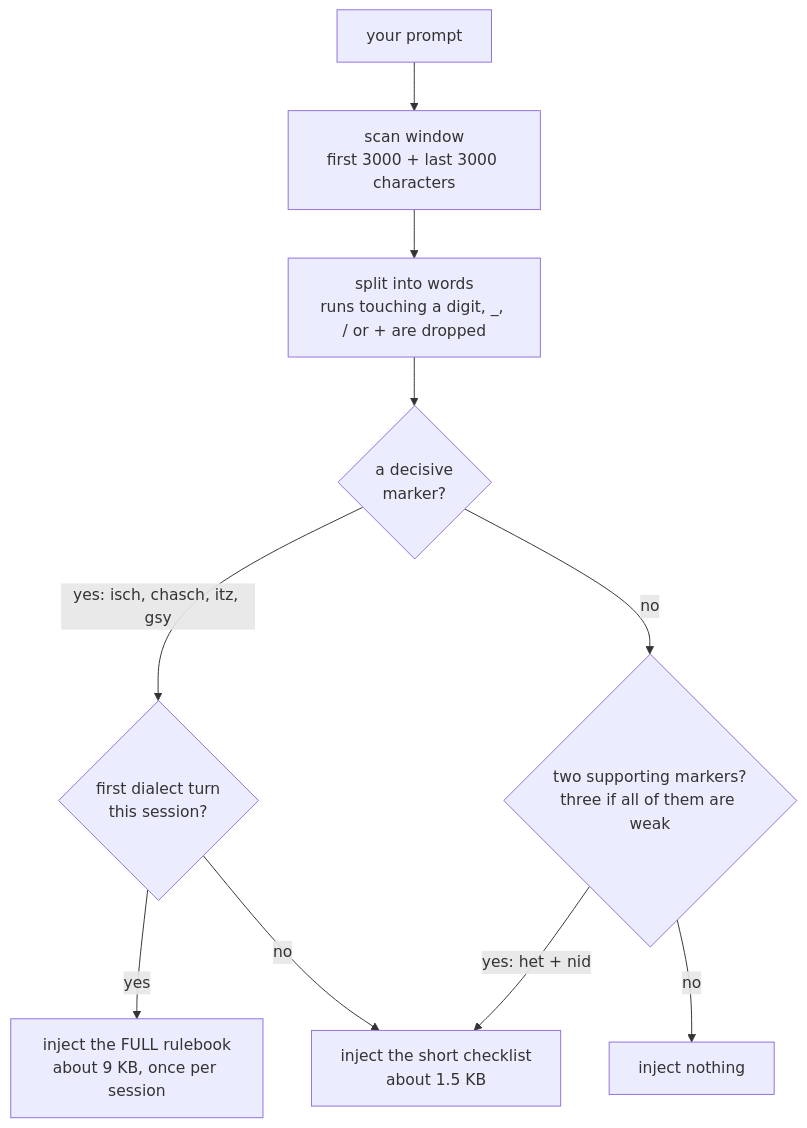
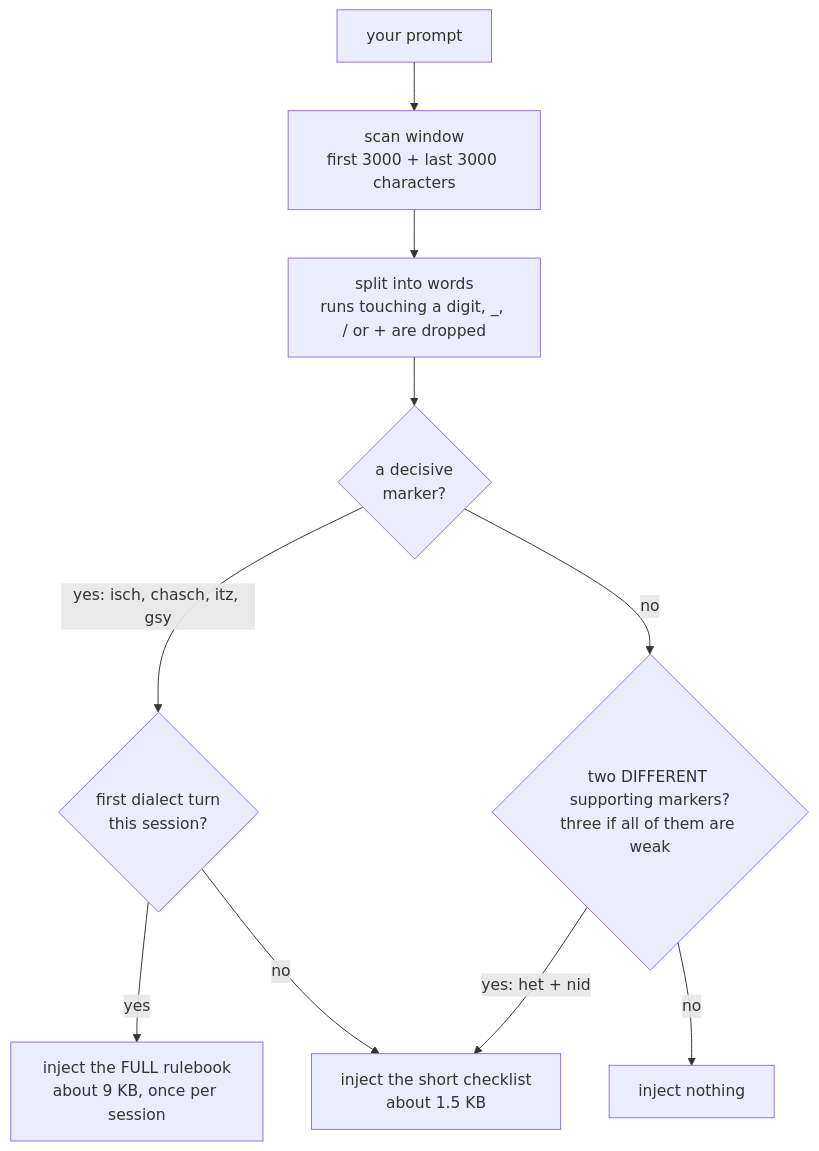
Before and after one commit to sapn95/berndeutsch-for-ai: the third of 3 diagrams in README.md, drawn with Mermaid. The commit also changed 1 other file, not shown here.

First paragraph of the commit message:
Round 28: the crash guard could crash, and a diagram that could rot
CodeRabbit, two findings, both real.

````diff
--- a/README.md
+++ b/README.md
@@ -280,12 +280,12 @@
 ```mermaid
 flowchart TD
     P["your prompt"] --> W["scan window<br/>first 3000 + last 3000 characters"]
     W --> T["split into words<br/>runs touching a digit, _, / or + are dropped"]
     T --> D{"a decisive<br/>marker?"}
     D -->|"yes: isch, chasch, itz, gsy"| B{"first dialect turn<br/>this session?"}
     B -->|yes| FULL["inject the FULL rulebook<br/>about 9 KB, once per session"]
     B -->|no| CL["inject the short checklist<br/>about 1.5 KB"]
-    D -->|no| S{"two supporting markers?<br/>three if all of them are weak"}
+    D -->|no| S{"two DIFFERENT supporting markers?<br/>three if all of them are weak"}
     S -->|"yes: het + nid"| CL
     S -->|no| N["inject nothing"]
 ```
````
